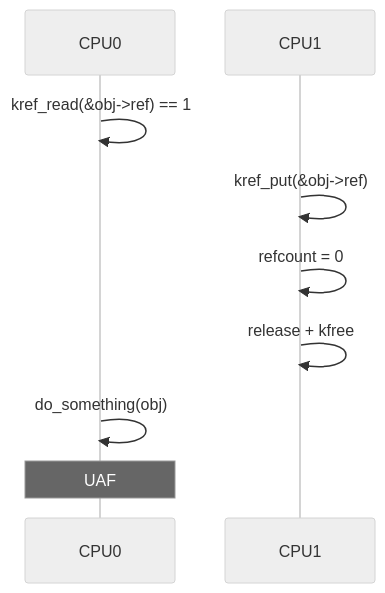
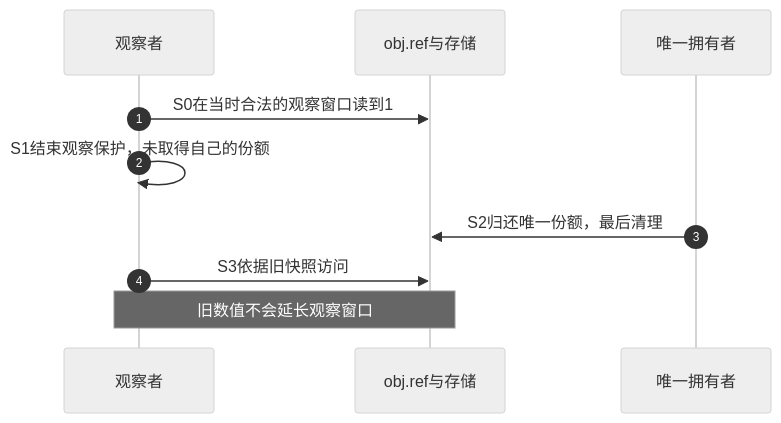
One commit to FormingSystem/linux_note changed diagram 11 of 15 in knowledge/linux/object_lifetime/kref/P12_典型错误模式与调试线索.md. Above: the diagram before and after it, drawn with Mermaid (neutral theme). The commit also changed other lines of this file and 12 other files, not shown here.

````diff
--- a/knowledge/linux/object_lifetime/kref/P12_典型错误模式与调试线索.md
+++ b/knowledge/linux/object_lifetime/kref/P12_典型错误模式与调试线索.md
@@ -990,12 +910,12 @@
 ```mermaid
 sequenceDiagram
-    participant CPU0 as CPU0
-    participant CPU1 as CPU1
-
-    CPU0->>CPU0: kref_read(&obj->ref) == 1
-    CPU1->>CPU1: kref_put(&obj->ref)
-    CPU1->>CPU1: refcount = 0
-    CPU1->>CPU1: release + kfree
-    CPU0->>CPU0: do_something(obj)
-    Note over CPU0: UAF
+    autonumber
+    participant R as 观察者
+    participant O as obj.ref与存储
+    participant P as 唯一拥有者
+    R->>O: S0在当时合法的观察窗口读到1
+    R->>R: S1结束观察保护，未取得自己的份额
+    P->>O: S2归还唯一份额，最后清理
+    R->>O: S3依据旧快照访问
+    Note over R,O: 旧数值不会延长观察窗口
 ```
````
